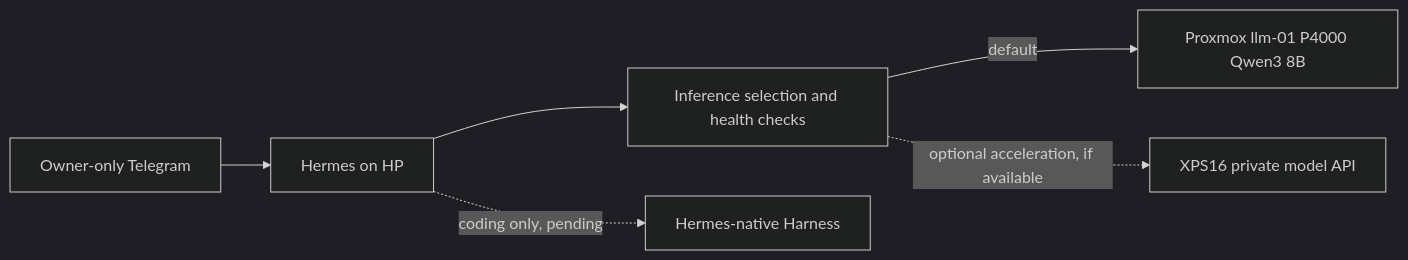
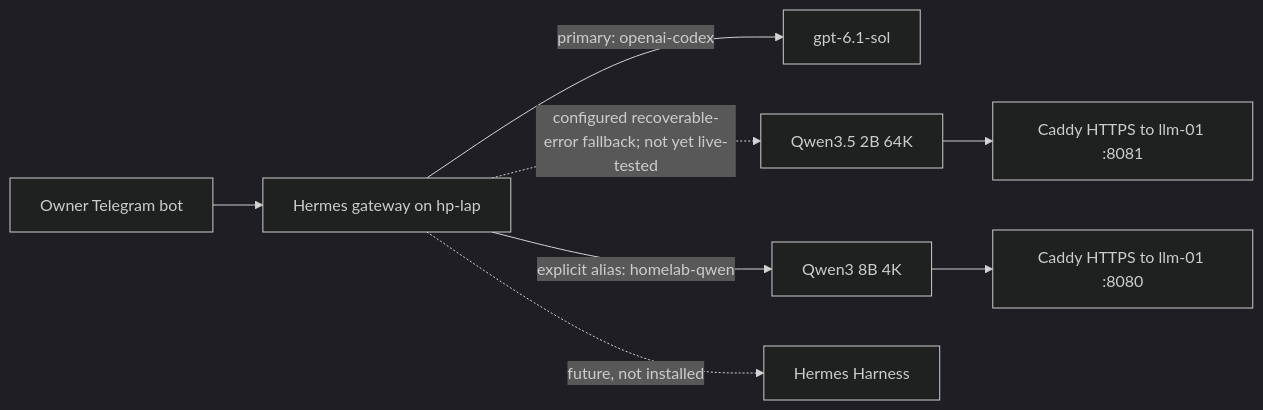
The diagram in docs/services/hermes-gateway.md (sethbarrett50/home_lab_docs), drawn with Mermaid (dark theme) before and after one commit. The commit also changed other lines of this file, not shown here.

Commit message:
docs: refresh docs/services/hermes-gateway.md for live Hermes and dual LLM services

````diff
--- a/docs/services/hermes-gateway.md
+++ b/docs/services/hermes-gateway.md
@@ -41,8 +41,10 @@
 ```mermaid
 flowchart LR
-  T[Owner-only Telegram] --> H[Hermes on HP]
-  H --> R[Inference selection and health checks]
-  R -->|default| P[Proxmox llm-01 P4000 Qwen3 8B]
-  R -.->|optional acceleration, if available| X[XPS16 private model API]
-  H -.->|coding only, pending| A[Hermes-native Harness]
+  T[Owner Telegram bot] --> H[Hermes gateway on hp-lap]
+  H -->|primary: openai-codex| C[gpt-6.1-sol]
+  H -.->|configured recoverable-error fallback; not yet live-tested| Q[Qwen3.5 2B 64K]
+  H -->|explicit alias: homelab-qwen| E[Qwen3 8B 4K]
+  Q --> P[Caddy HTTPS to llm-01 :8081]
+  E --> P2[Caddy HTTPS to llm-01 :8080]
+  H -.->|future, not installed| A[Hermes Harness]
 ```
````
